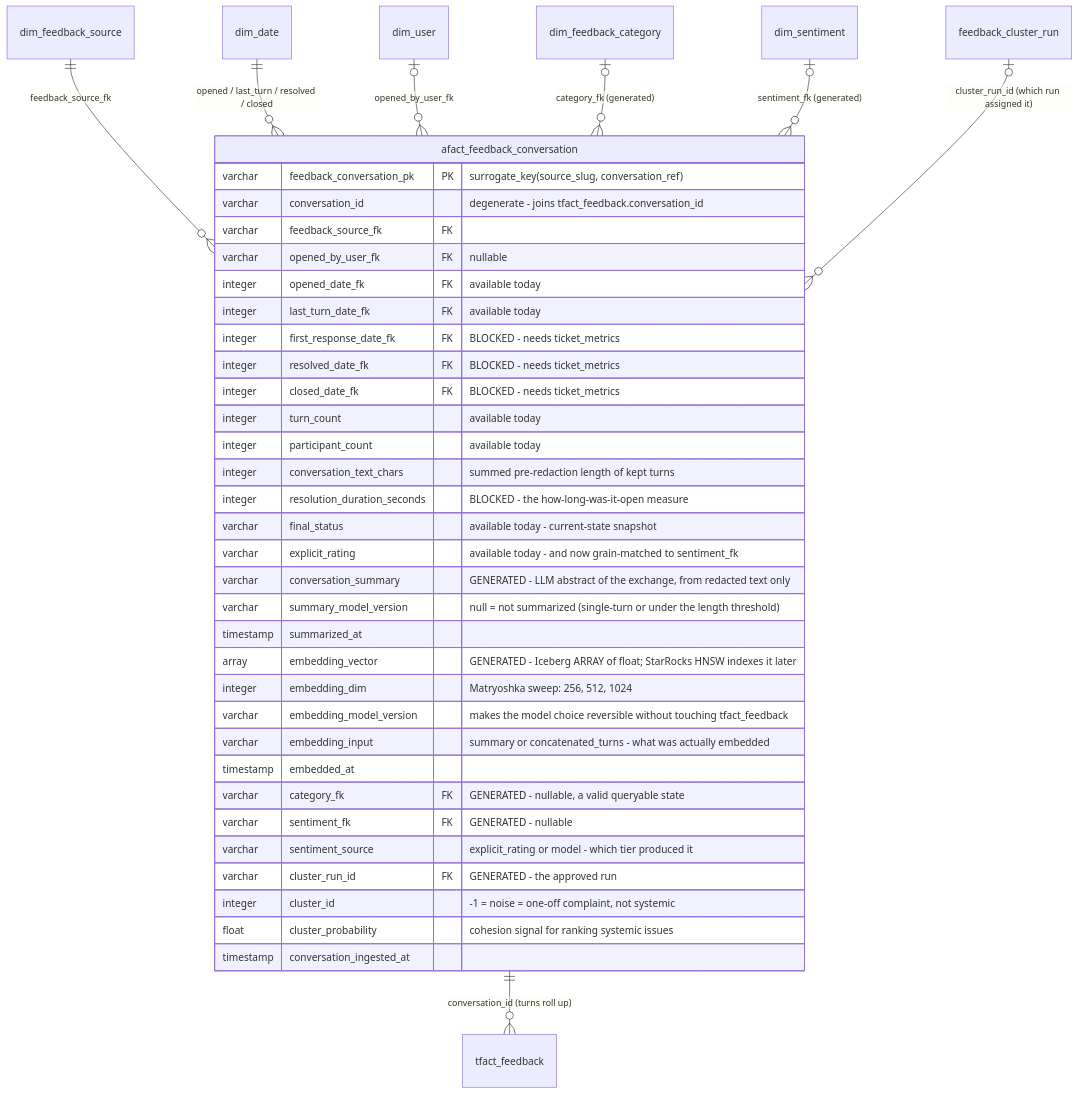
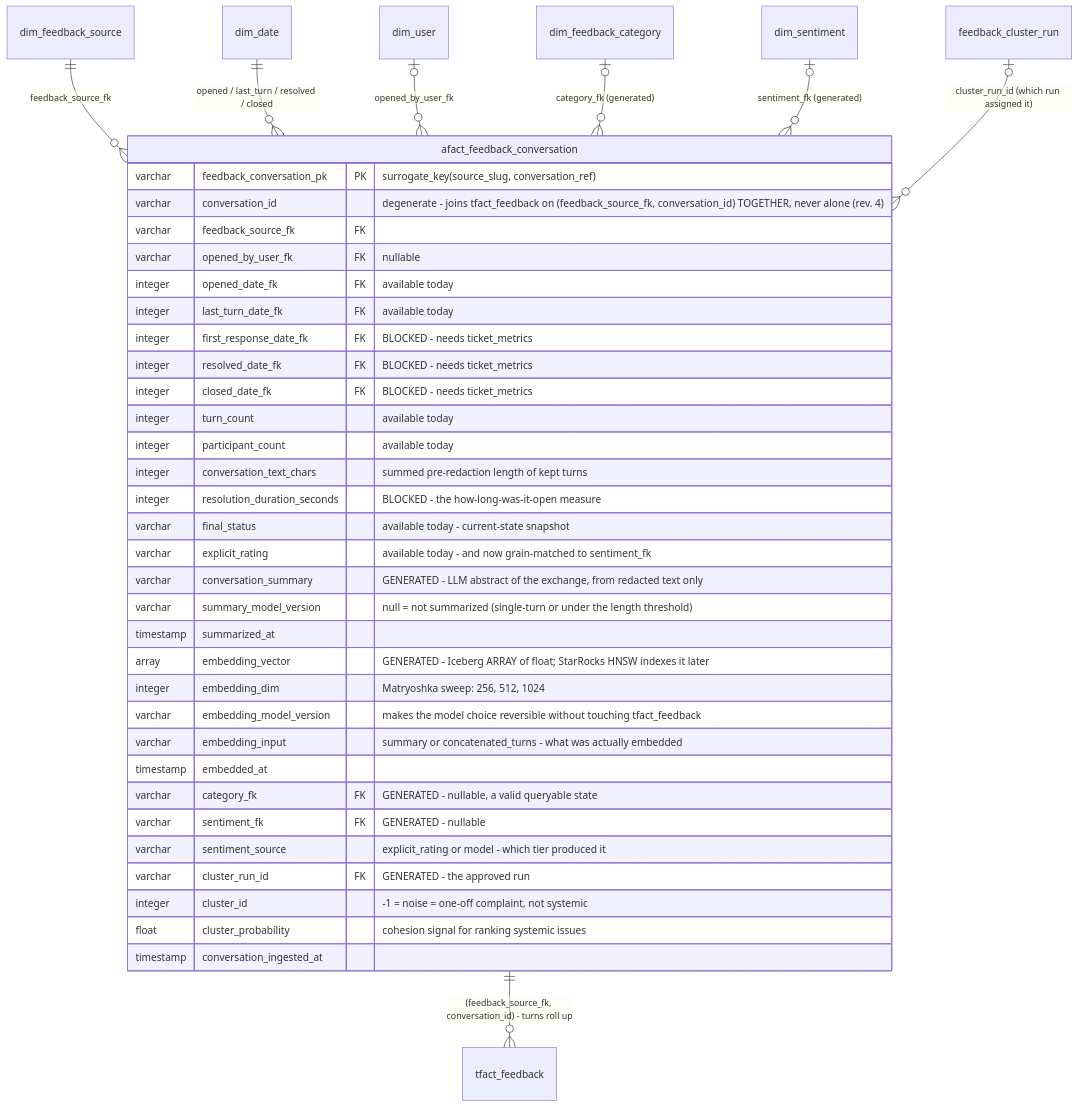
One commit to mitodl/ol-data-platform changed the third of 6 diagrams in docs/design/feedback_erd.md. Above: the diagram before and after it, drawn with Mermaid. The commit also changed other lines of this file and 5 other files, not shown here.

First line of the commit message:
docs(feedback): fix 13 implementation-blocking gaps from #2422 review (rev. 4)

````diff
--- a/docs/design/feedback_erd.md
+++ b/docs/design/feedback_erd.md
@@ -256,43 +259,43 @@
 ```mermaid
 erDiagram
-    afact_feedback_conversation ||--o{ tfact_feedback : "conversation_id (turns roll up)"
+    afact_feedback_conversation ||--o{ tfact_feedback : "(feedback_source_fk, conversation_id) - turns roll up"
     dim_feedback_source   ||--o{ afact_feedback_conversation : "feedback_source_fk"
     dim_date              ||--o{ afact_feedback_conversation : "opened / last_turn / resolved / closed"
     dim_user              |o--o{ afact_feedback_conversation : "opened_by_user_fk"
     dim_feedback_category |o--o{ afact_feedback_conversation : "category_fk (generated)"
     dim_sentiment         |o--o{ afact_feedback_conversation : "sentiment_fk (generated)"
     feedback_cluster_run  |o--o{ afact_feedback_conversation : "cluster_run_id (which run assigned it)"
 
     afact_feedback_conversation {
         varchar feedback_conversation_pk PK "surrogate_key(source_slug, conversation_ref)"
-        varchar conversation_id "degenerate - joins tfact_feedback.conversation_id"
+        varchar conversation_id "degenerate - joins tfact_feedback on (feedback_source_fk, conversation_id) TOGETHER, never alone (rev. 4)"
         varchar feedback_source_fk FK
         varchar opened_by_user_fk FK "nullable"
         integer opened_date_fk FK "available today"
         integer last_turn_date_fk FK "available today"
         integer first_response_date_fk FK "BLOCKED - needs ticket_metrics"
         integer resolved_date_fk FK "BLOCKED - needs ticket_metrics"
         integer closed_date_fk FK "BLOCKED - needs ticket_metrics"
         integer turn_count "available today"
         integer participant_count "available today"
         integer conversation_text_chars "summed pre-redaction length of kept turns"
         integer resolution_duration_seconds "BLOCKED - the how-long-was-it-open measure"
         varchar final_status "available today - current-state snapshot"
         varchar explicit_rating "available today - and now grain-matched to sentiment_fk"
         varchar conversation_summary "GENERATED - LLM abstract of the exchange, from redacted text only"
         varchar summary_model_version "null = not summarized (single-turn or under the length threshold)"
         timestamp summarized_at
         array embedding_vector "GENERATED - Iceberg ARRAY of float; StarRocks HNSW indexes it later"
         integer embedding_dim "Matryoshka sweep: 256, 512, 1024"
         varchar embedding_model_version "makes the model choice reversible without touching tfact_feedback"
         varchar embedding_input "summary or concatenated_turns - what was actually embedded"
         timestamp embedded_at
         varchar category_fk FK "GENERATED - nullable, a valid queryable state"
         varchar sentiment_fk FK "GENERATED - nullable"
         varchar sentiment_source "explicit_rating or model - which tier produced it"
         varchar cluster_run_id FK "GENERATED - the approved run"
         integer cluster_id "-1 = noise = one-off complaint, not systemic"
         float cluster_probability "cohesion signal for ranking systemic issues"
         timestamp conversation_ingested_at
     }
 ```
````
